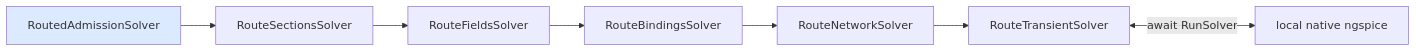
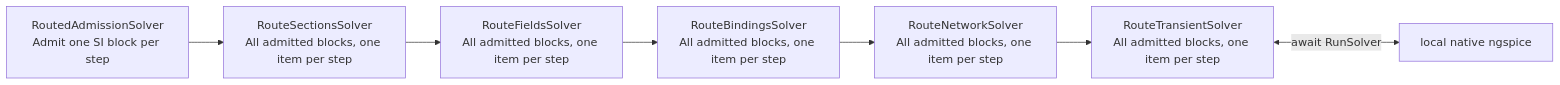
Before and after one commit to tscircuit/pcb-spice-pipeline: the fourth of 5 diagrams in README.md, drawn with Mermaid. The commit also changed other lines of this file and 33 other files, not shown here.

Commit message:
Flatten routed stages and add the solver selector

````diff
--- a/README.md
+++ b/README.md
@@ -160,16 +162,15 @@
 ```mermaid
 flowchart LR
-  s0["RoutedAdmissionSolver"]:::root
-  s1["RouteSectionsSolver"]
-  s2["RouteFieldsSolver"]
-  s3["RouteBindingsSolver"]
-  s4["RouteNetworkSolver"]
-  s5["RouteTransientSolver"]
+  s0["RoutedAdmissionSolver<br/>Admit one SI block per step"]
+  s1["RouteSectionsSolver<br/>All admitted blocks, one item per step"]
+  s2["RouteFieldsSolver<br/>All admitted blocks, one item per step"]
+  s3["RouteBindingsSolver<br/>All admitted blocks, one item per step"]
+  s4["RouteNetworkSolver<br/>All admitted blocks, one item per step"]
+  s5["RouteTransientSolver<br/>All admitted blocks, one item per step"]
   s0 --> s1
   s1 --> s2
   s2 --> s3
   s3 --> s4
   s4 --> s5
   s5 <-->|"await RunSolver"| engine["local native ngspice"]
-  classDef root fill:#dbeafe
 ```
````
